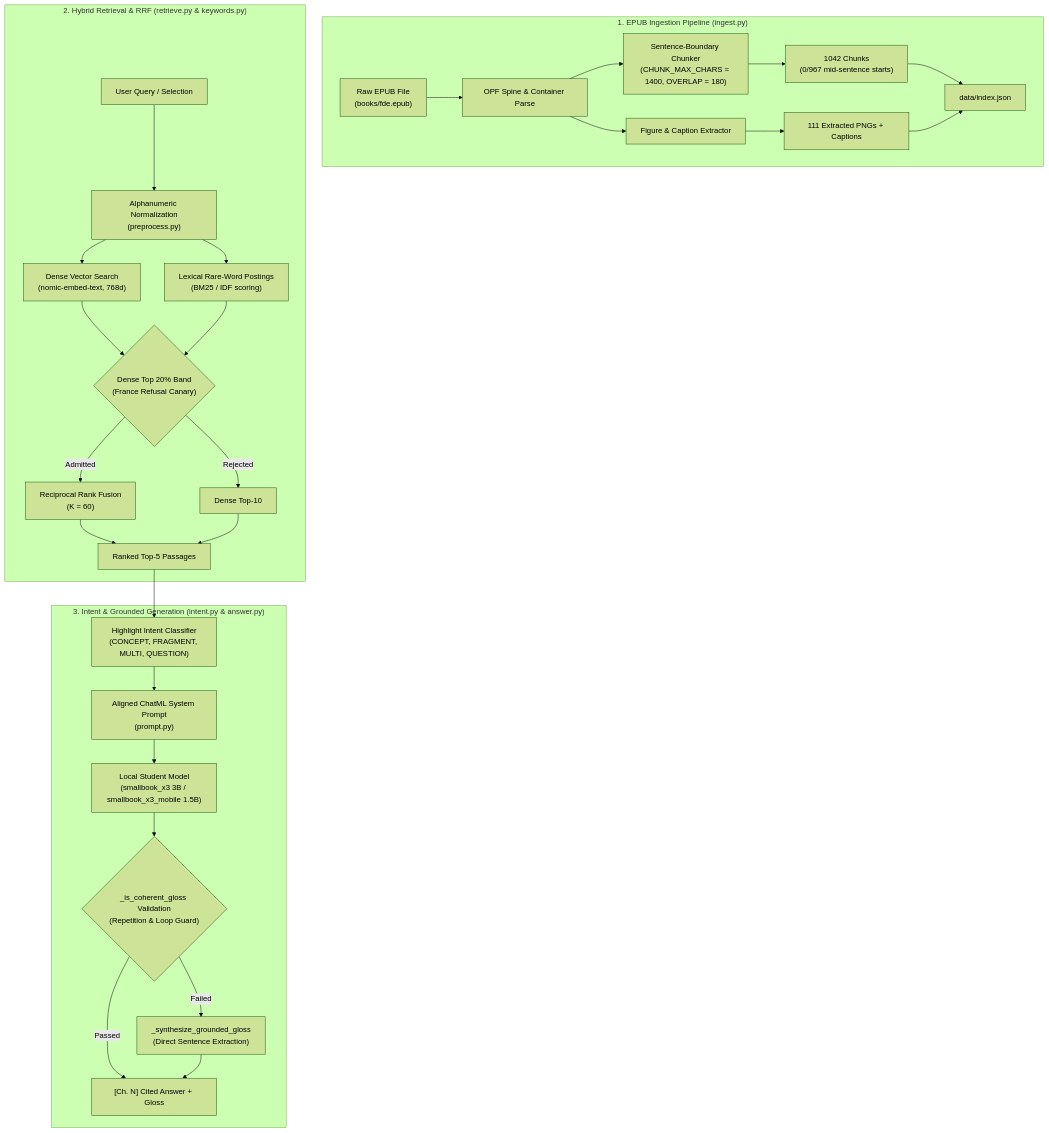
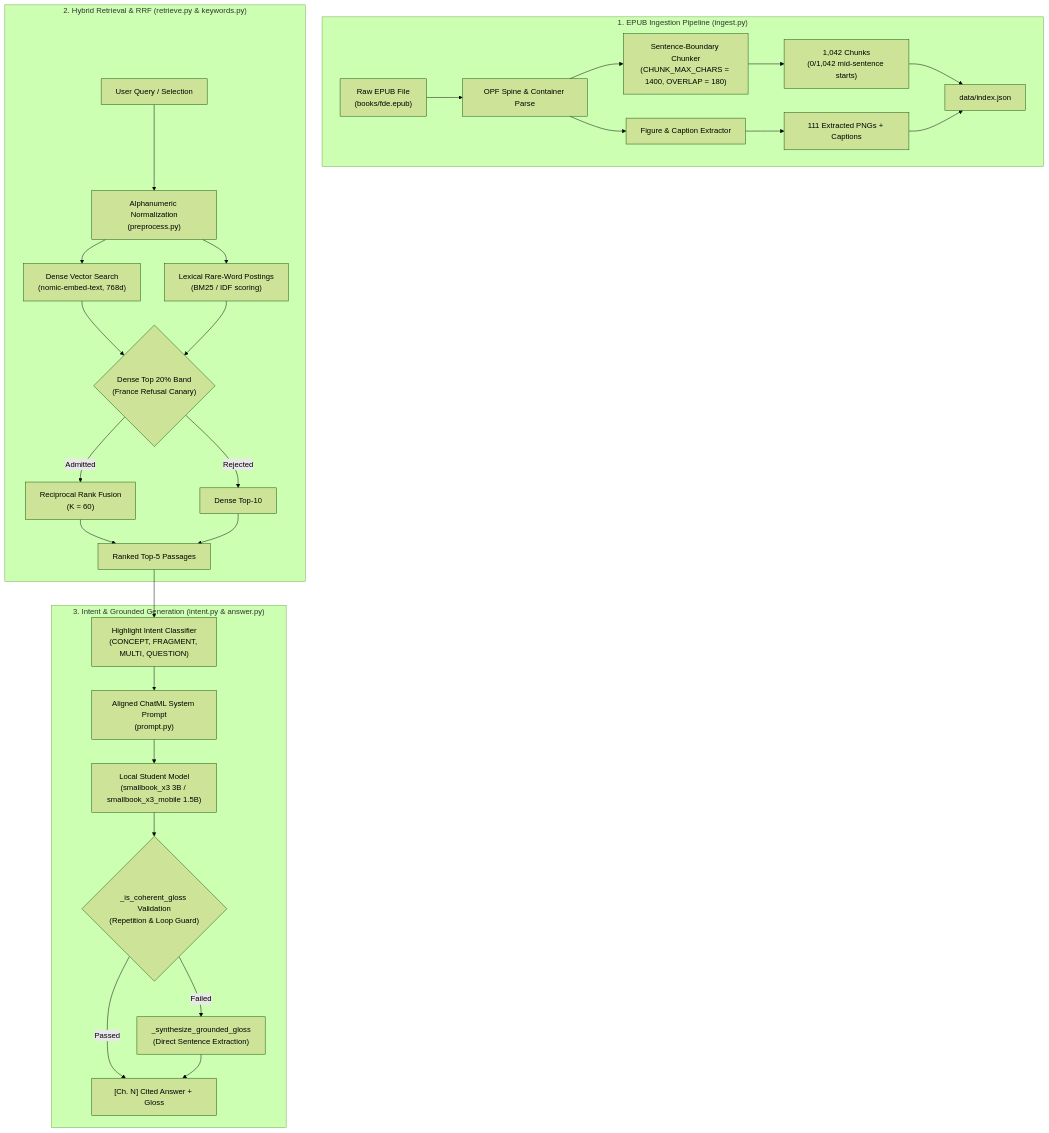
Before and after one commit to Skufu/NekoHon: the first of 4 diagrams in docs/ENGINEERING_AND_BENCHMARKS.md, drawn with Mermaid (forest theme). The commit also changed other lines of this file and 28 other files, not shown here.

````diff
--- a/docs/ENGINEERING_AND_BENCHMARKS.md
+++ b/docs/ENGINEERING_AND_BENCHMARKS.md
@@ -5,34 +5,34 @@
 ```mermaid
 flowchart TD
     subgraph Ingestion["1. EPUB Ingestion Pipeline (ingest.py)"]
         EPUB["Raw EPUB File<br/>(books/fde.epub)"] --> Spine["OPF Spine & Container Parse"]
         Spine --> Packer["Sentence-Boundary Chunker<br/>(CHUNK_MAX_CHARS = 1400, OVERLAP = 180)"]
         Spine --> FigExt["Figure & Caption Extractor"]
-        Packer --> Chunks["1042 Chunks<br/>(0/967 mid-sentence starts)"]
+        Packer --> Chunks["1,042 Chunks<br/>(0/1,042 mid-sentence starts)"]
         FigExt --> Figures["111 Extracted PNGs + Captions"]
         Chunks --> Index["data/index.json"]
         Figures --> Index
     end
 
     subgraph Retrieval["2. Hybrid Retrieval & RRF (retrieve.py & keywords.py)"]
         Query["User Query / Selection"] --> Pre["Alphanumeric Normalization<br/>(preprocess.py)"]
         Pre --> Dense["Dense Vector Search<br/>(nomic-embed-text, 768d)"]
         Pre --> Lexical["Lexical Rare-Word Postings<br/>(BM25 / IDF scoring)"]
         Dense --> Band{"Dense Top 20% Band<br/>(France Refusal Canary)"}
         Lexical --> Band
         Band -->|Admitted| RRF["Reciprocal Rank Fusion<br/>(K = 60)"]
         Band -->|Rejected| DenseOnly["Dense Top-10"]
         RRF --> Context["Ranked Top-5 Passages"]
         DenseOnly --> Context
     end
 
     subgraph Generation["3. Intent & Grounded Generation (intent.py & answer.py)"]
         Context --> Intent["Highlight Intent Classifier<br/>(CONCEPT, FRAGMENT, MULTI, QUESTION)"]
         Intent --> Prompt["Aligned ChatML System Prompt<br/>(prompt.py)"]
         Prompt --> Ollama["Local Student Model<br/>(smallbook_x3 3B / smallbook_x3_mobile 1.5B)"]
         Ollama --> Coherence{"_is_coherent_gloss Validation<br/>(Repetition & Loop Guard)"}
         Coherence -->|Passed| FinalAnswer["[Ch. N] Cited Answer + Gloss"]
         Coherence -->|Failed| GroundedSyn["_synthesize_grounded_gloss<br/>(Direct Sentence Extraction)"]
         GroundedSyn --> FinalAnswer
     end
 ```
````
